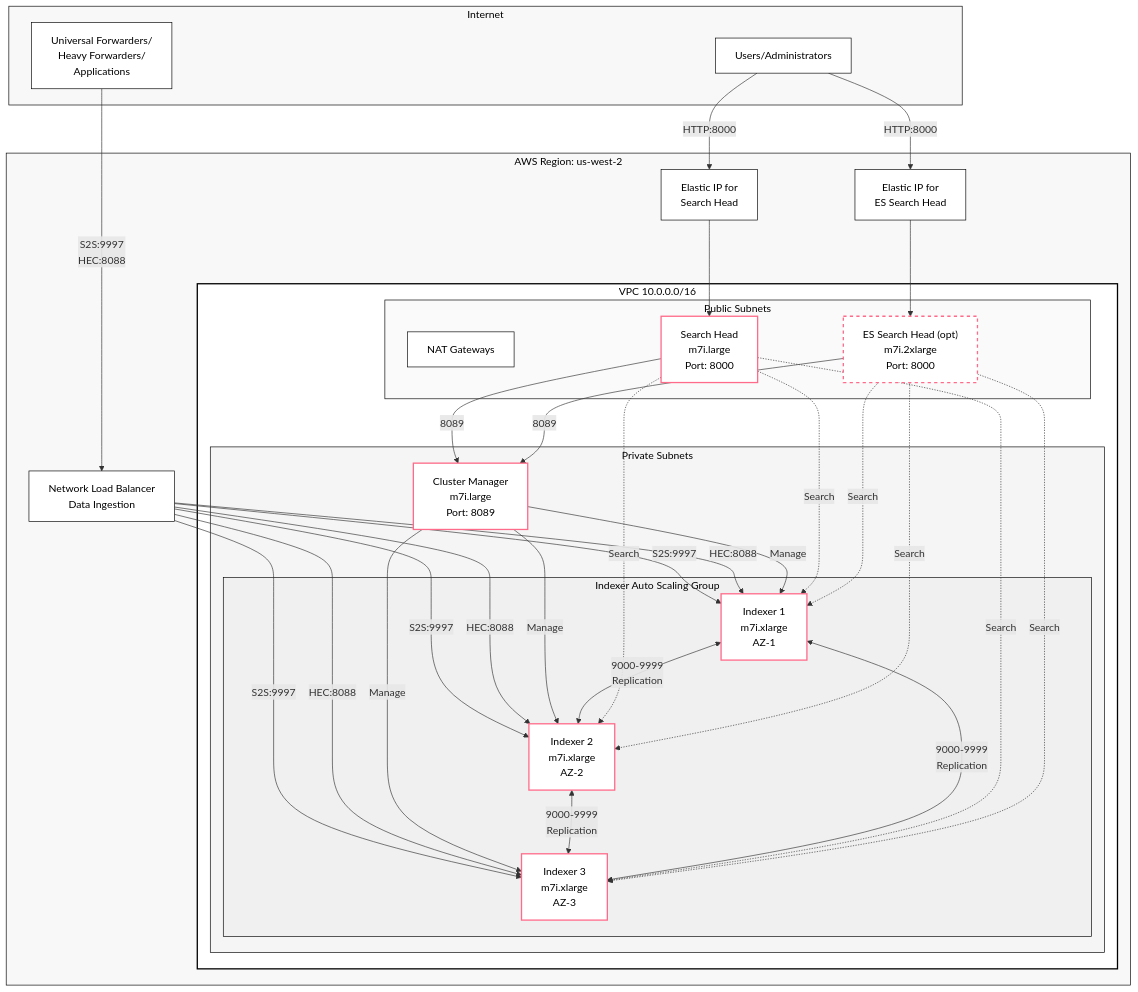
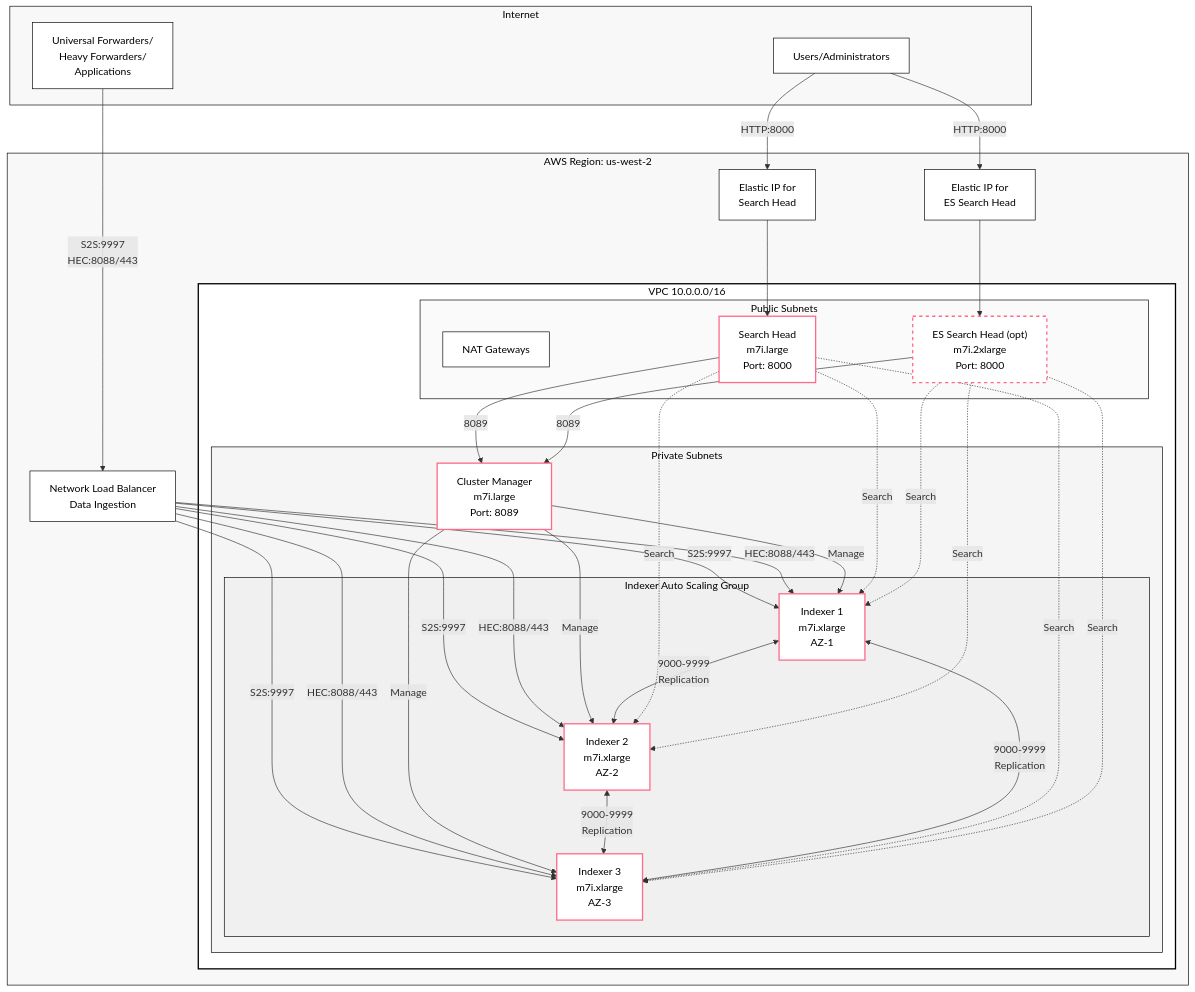
Before and after one commit to nikuyoshi/self-managed-splunk-aws: the first of 2 diagrams in README.md, drawn with Mermaid. The commit also changed other lines of this file and 4 other files, not shown here.

```diff
--- a/README.md
+++ b/README.md
@@ -56,14 +56,14 @@
     USER -->|HTTP:8000| EIP1
     USER -->|HTTP:8000| EIP2
     
-    FORWARDER -->|S2S:9997<br/>HEC:8088| NLB
+    FORWARDER -->|S2S:9997<br/>HEC:8088/443| NLB
     
     NLB -->|S2S:9997| IDX1
     NLB -->|S2S:9997| IDX2
     NLB -->|S2S:9997| IDX3
-    NLB -->|HEC:8088| IDX1
-    NLB -->|HEC:8088| IDX2
-    NLB -->|HEC:8088| IDX3
+    NLB -->|HEC:8088/443| IDX1
+    NLB -->|HEC:8088/443| IDX2
+    NLB -->|HEC:8088/443| IDX3
     
     EIP1 --> SH
     EIP2 --> ES
```
